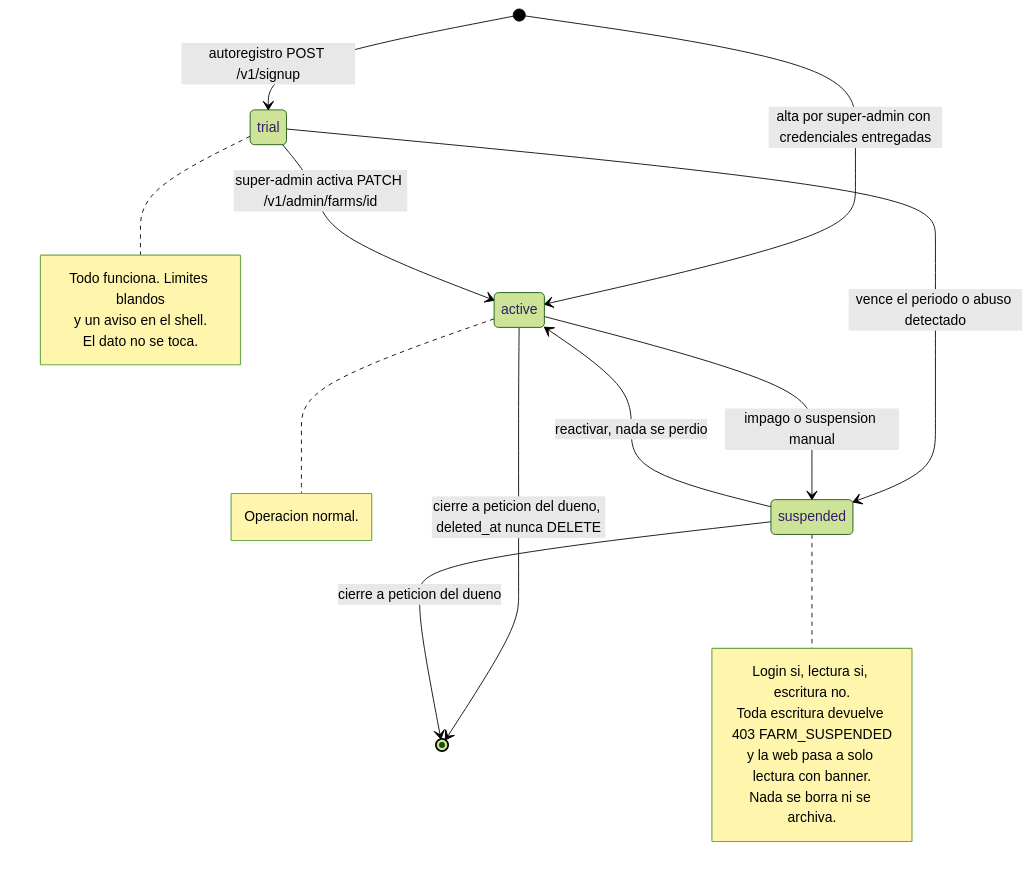
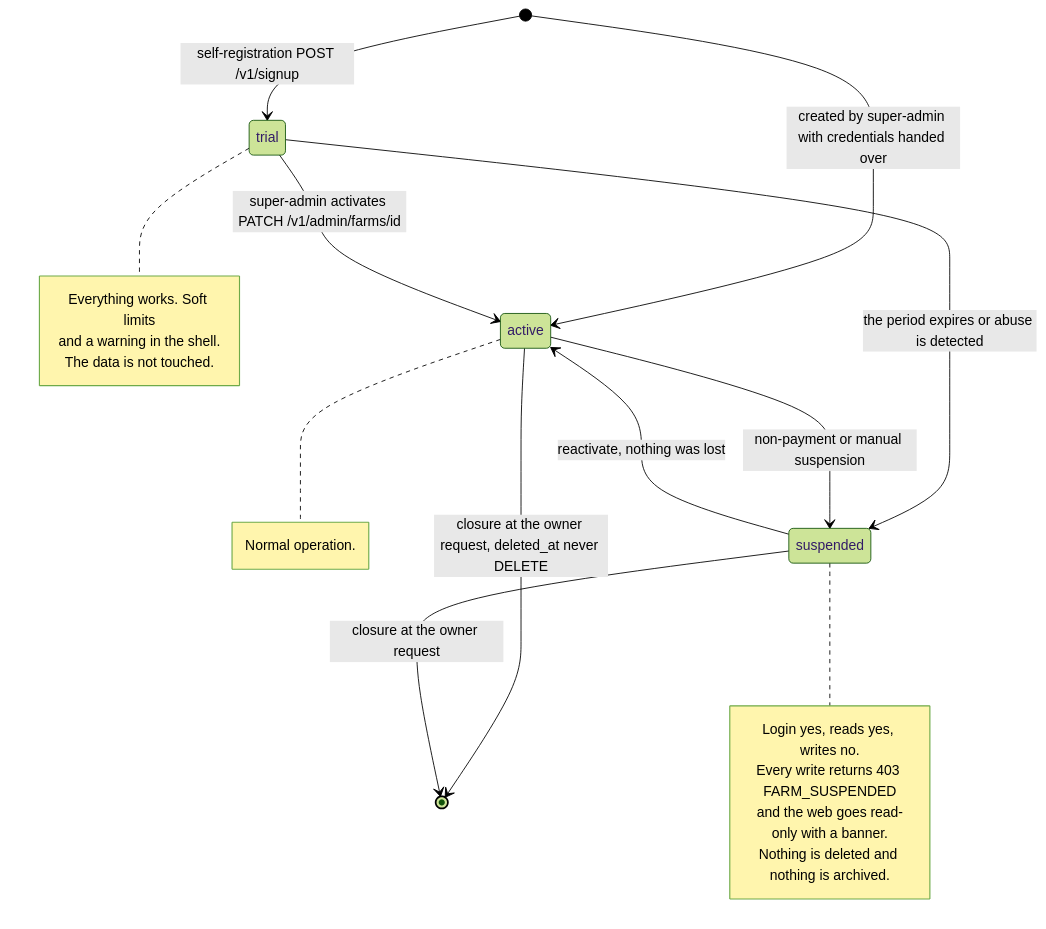
Before and after one commit to ojardila/bascula: the seventh of 7 diagrams in docs/diagramas/web.md, drawn with Mermaid (forest theme). The commit also changed other lines of this file and 25 other files, not shown here.

````diff
--- a/docs/diagramas/web.md
+++ b/docs/diagramas/web.md
@@ -490,31 +495,31 @@
 ```mermaid
 stateDiagram-v2
-    [*] --> trial : autoregistro POST /v1/signup
-    [*] --> active : alta por super-admin con credenciales entregadas
+    [*] --> trial : self-registration POST /v1/signup
+    [*] --> active : created by super-admin with credentials handed over
 
-    trial --> active : super-admin activa PATCH /v1/admin/farms/id
-    trial --> suspended : vence el periodo o abuso detectado
+    trial --> active : super-admin activates PATCH /v1/admin/farms/id
+    trial --> suspended : the period expires or abuse is detected
 
-    active --> suspended : impago o suspension manual
-    suspended --> active : reactivar, nada se perdio
+    active --> suspended : non-payment or manual suspension
+    suspended --> active : reactivate, nothing was lost
 
-    active --> [*] : cierre a peticion del dueno, deleted_at nunca DELETE
-    suspended --> [*] : cierre a peticion del dueno
+    active --> [*] : closure at the owner request, deleted_at never DELETE
+    suspended --> [*] : closure at the owner request
 
     note right of trial
-      Todo funciona. Limites blandos
-      y un aviso en el shell.
-      El dato no se toca.
+      Everything works. Soft limits
+      and a warning in the shell.
+      The data is not touched.
     end note
 
     note right of suspended
-      Login si, lectura si, escritura no.
-      Toda escritura devuelve 403 FARM_SUSPENDED
-      y la web pasa a solo lectura con banner.
-      Nada se borra ni se archiva.
+      Login yes, reads yes, writes no.
+      Every write returns 403 FARM_SUSPENDED
+      and the web goes read-only with a banner.
+      Nothing is deleted and nothing is archived.
     end note
 
     note right of active
-      Operacion normal.
+      Normal operation.
     end note
 ```
````
